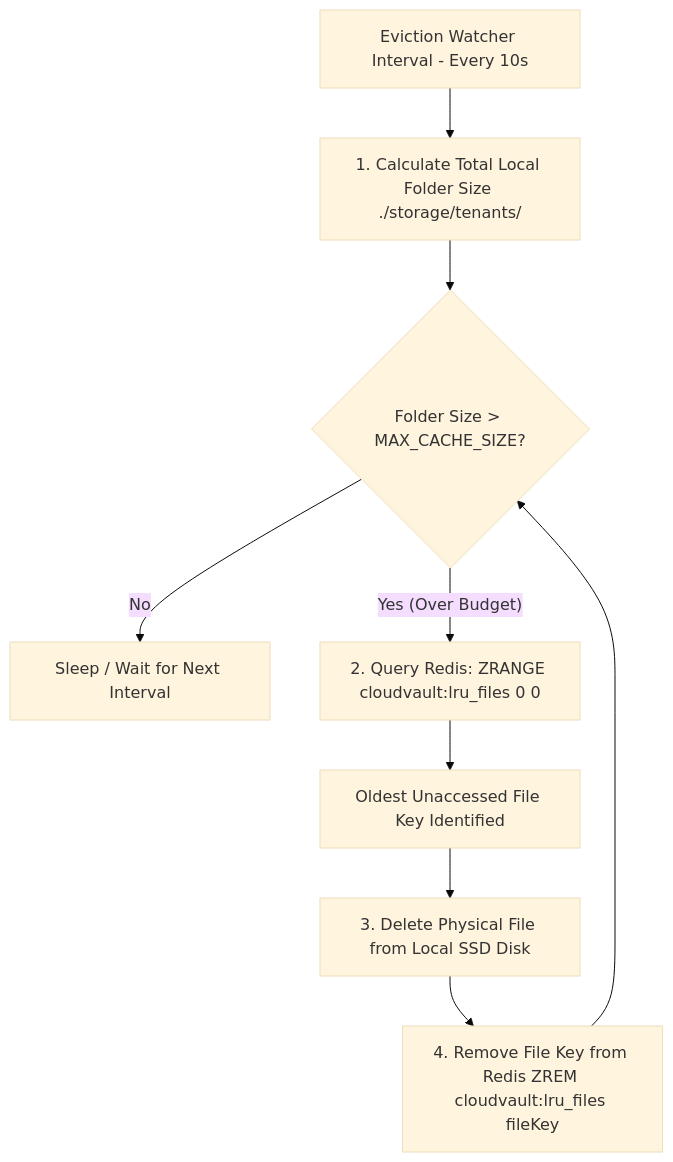
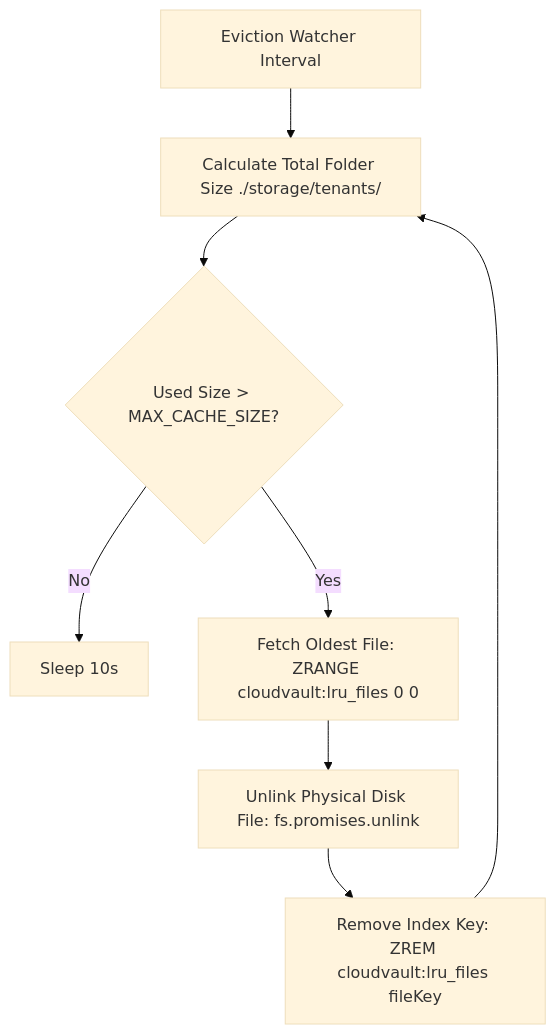
The third of 3 diagrams in README.md (vinay020606/CloudVault), drawn with Mermaid (base theme) before and after one commit. The commit also changed other lines of this file and 1 other file, not shown here.

Commit message:
docs: merge ARCHITECTURE.md sequence diagrams and deep dives directly into master README.md

````diff
--- a/README.md
+++ b/README.md
@@ -94,11 +164,10 @@
 ```mermaid
-graph TD;
-    Start[Eviction Watcher Interval - Every 10s]-->Calc[1. Calculate Total Local Folder Size ./storage/tenants/];
-    Calc-->Check{Folder Size > MAX_CACHE_SIZE?};
-    Check-- No -->End[Sleep / Wait for Next Interval];
-    Check-- Yes (Over Budget) -->Fetch[2. Query Redis: ZRANGE cloudvault:lru_files 0 0];
-    Fetch-->Identify[Oldest Unaccessed File Key Identified];
-    Identify-->DeleteDisk[3. Delete Physical File from Local SSD Disk];
-    DeleteDisk-->RemoveRedis[4. Remove File Key from Redis ZREM cloudvault:lru_files fileKey];
-    RemoveRedis-->Check;
+flowchart TD
+    A[Eviction Watcher Interval] --> B[Calculate Total Folder Size ./storage/tenants/]
+    B --> C{Used Size > MAX_CACHE_SIZE?}
+    C -- No --> D[Sleep 10s]
+    C -- Yes --> E[Fetch Oldest File: ZRANGE cloudvault:lru_files 0 0]
+    E --> F[Unlink Physical Disk File: fs.promises.unlink]
+    F --> G[Remove Index Key: ZREM cloudvault:lru_files fileKey]
+    G --> B
 ```
````
